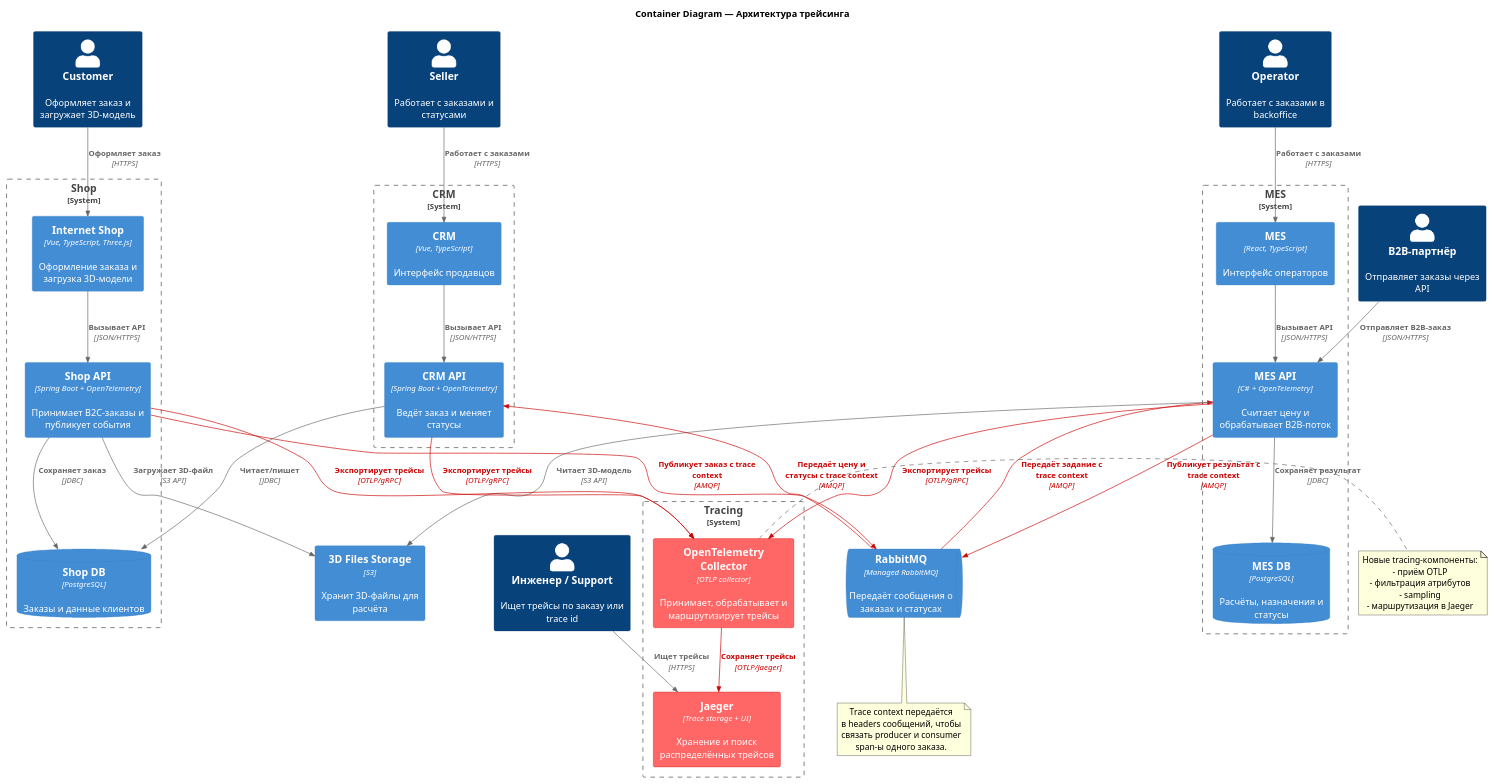
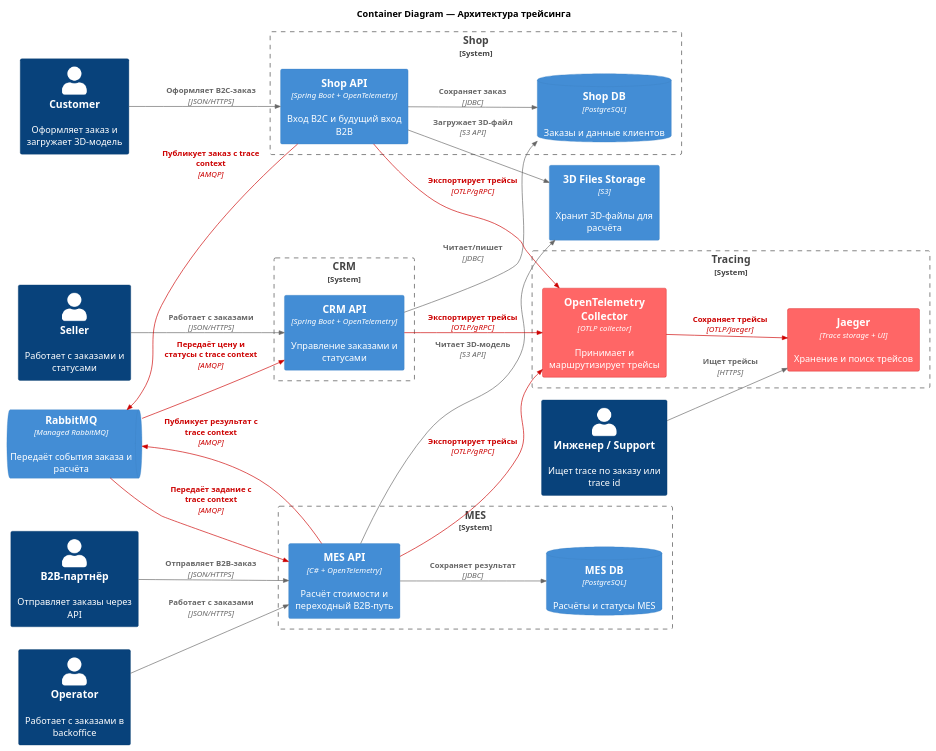
Before and after one commit to astandrik/architecture-pro-alexandrite: the diagram in Task3/tracing_architecture.puml, drawn with PlantUML. The commit also changed 5 other files, not shown here.

```diff
--- a/Task3/tracing_architecture.puml
+++ b/Task3/tracing_architecture.puml
@@ -1,84 +1,64 @@
 @startuml tracing_architecture
 !include https://raw.githubusercontent.com/plantuml-stdlib/C4-PlantUML/master/C4_Container.puml
 
 HIDE_STEREOTYPE()
+LAYOUT_LEFT_RIGHT()
 
 title Container Diagram — Архитектура трейсинга
 
 AddElementTag("new", $bgColor="#FF6666", $borderColor="#CC0000", $fontColor="#FFFFFF")
 AddRelTag("trace", $lineColor="#CC0000", $textColor="#CC0000")
 
 Person(customer, "Customer", "Оформляет заказ и загружает 3D-модель")
 Person(apiUser, "B2B-партнёр", "Отправляет заказы через API")
+Person(seller, "Seller", "Работает с заказами и статусами")
 Person(operator, "Operator", "Работает с заказами в backoffice")
-Person(seller, "Seller", "Работает с заказами и статусами")
-Person(engineer, "Инженер / Support", "Ищет трейсы по заказу или trace id")
+Person(engineer, "Инженер / Support", "Ищет trace по заказу или trace id")
 
 System_Boundary(shop, "Shop") {
-    Container(shopFrontend, "Internet Shop", "Vue, TypeScript, Three.js", "Оформление заказа и загрузка 3D-модели")
-    Container(shopApi, "Shop API", "Spring Boot + OpenTelemetry", "Принимает B2C-заказы и публикует события")
+    Container(shopApi, "Shop API", "Spring Boot + OpenTelemetry", "Вход B2C и будущий вход B2B")
     ContainerDb(shopDb, "Shop DB", "PostgreSQL", "Заказы и данные клиентов")
 }
 
-ContainerQueue(mq, "RabbitMQ", "Managed RabbitMQ", "Передаёт сообщения о заказах и статусах")
+ContainerQueue(mq, "RabbitMQ", "Managed RabbitMQ", "Передаёт события заказа и расчёта")
 
 System_Boundary(mes, "MES") {
-    Container(mesFrontend, "MES", "React, TypeScript", "Интерфейс операторов")
-    Container(mesApi, "MES API", "C# + OpenTelemetry", "Считает цену и обрабатывает B2B-поток")
-    ContainerDb(mesDb, "MES DB", "PostgreSQL", "Расчёты, назначения и статусы")
+    Container(mesApi, "MES API", "C# + OpenTelemetry", "Расчёт стоимости и переходный B2B-путь")
+    ContainerDb(mesDb, "MES DB", "PostgreSQL", "Расчёты и статусы MES")
 }
 
 System_Boundary(crm, "CRM") {
-    Container(crmFrontend, "CRM", "Vue, TypeScript", "Интерфейс продавцов")
-    Container(crmApi, "CRM API", "Spring Boot + OpenTelemetry", "Ведёт заказ и меняет статусы")
+    Container(crmApi, "CRM API", "Spring Boot + OpenTelemetry", "Управление заказами и статусами")
 }
 
 Container(s3, "3D Files Storage", "S3", "Хранит 3D-файлы для расчёта")
 
 System_Boundary(tracing, "Tracing") {
-    Container(otelCollector, "OpenTelemetry Collector", "OTLP collector", "Принимает, обрабатывает и маршрутизирует трейсы", $tags="new")
-    Container(jaeger, "Jaeger", "Trace storage + UI", "Хранение и поиск распределённых трейсов", $tags="new")
+    Container(otelCollector, "OpenTelemetry Collector", "OTLP collector", "Принимает и маршрутизирует трейсы", $tags="new")
+    Container(jaeger, "Jaeger", "Trace storage + UI", "Хранение и поиск трейсов", $tags="new")
 }
 
-Rel(customer, shopFrontend, "Оформляет заказ", "HTTPS")
-Rel(shopFrontend, shopApi, "Вызывает API", "JSON/HTTPS")
+Rel(customer, shopApi, "Оформляет B2C-заказ", "JSON/HTTPS")
+Rel(apiUser, mesApi, "Отправляет B2B-заказ", "JSON/HTTPS")
+Rel(seller, crmApi, "Работает с заказами", "JSON/HTTPS")
+Rel(operator, mesApi, "Работает с заказами", "JSON/HTTPS")
+
 Rel(shopApi, shopDb, "Сохраняет заказ", "JDBC")
 Rel(shopApi, s3, "Загружает 3D-файл", "S3 API")
 Rel(shopApi, mq, "Публикует заказ с trace context", "AMQP", $tags="trace")
 
-Rel(apiUser, mesApi, "Отправляет B2B-заказ", "JSON/HTTPS")
 Rel(mq, mesApi, "Передаёт задание с trace context", "AMQP", $tags="trace")
 Rel(mesApi, s3, "Читает 3D-модель", "S3 API")
 Rel(mesApi, mesDb, "Сохраняет результат", "JDBC")
 Rel(mesApi, mq, "Публикует результат с trace context", "AMQP", $tags="trace")
 
-Rel(seller, crmFrontend, "Работает с заказами", "HTTPS")
-Rel(crmFrontend, crmApi, "Вызывает API", "JSON/HTTPS")
 Rel(mq, crmApi, "Передаёт цену и статусы с trace context", "AMQP", $tags="trace")
 Rel(crmApi, shopDb, "Читает/пишет", "JDBC")
-
-Rel(operator, mesFrontend, "Работает с заказами", "HTTPS")
-Rel(mesFrontend, mesApi, "Вызывает API", "JSON/HTTPS")
 
 Rel(shopApi, otelCollector, "Экспортирует трейсы", "OTLP/gRPC", $tags="trace")
 Rel(mesApi, otelCollector, "Экспортирует трейсы", "OTLP/gRPC", $tags="trace")
 Rel(crmApi, otelCollector, "Экспортирует трейсы", "OTLP/gRPC", $tags="trace")
 Rel(otelCollector, jaeger, "Сохраняет трейсы", "OTLP/Jaeger", $tags="trace")
 Rel(engineer, jaeger, "Ищет трейсы", "HTTPS")
 
-note right of otelCollector
-Новые tracing-компоненты:
-- приём OTLP
-- фильтрация атрибутов
-- sampling
-- маршрутизация в Jaeger
-end note
-
-note bottom of mq
-Trace context передаётся
-в headers сообщений, чтобы
-связать producer и consumer
-span-ы одного заказа.
-end note
-
 @enduml
```
